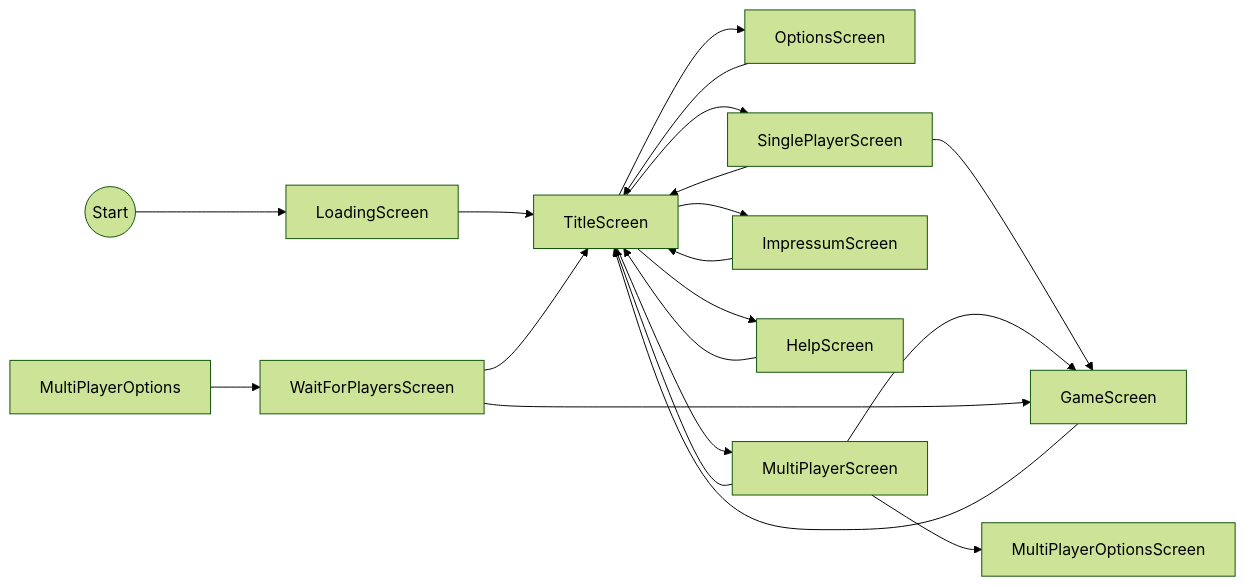
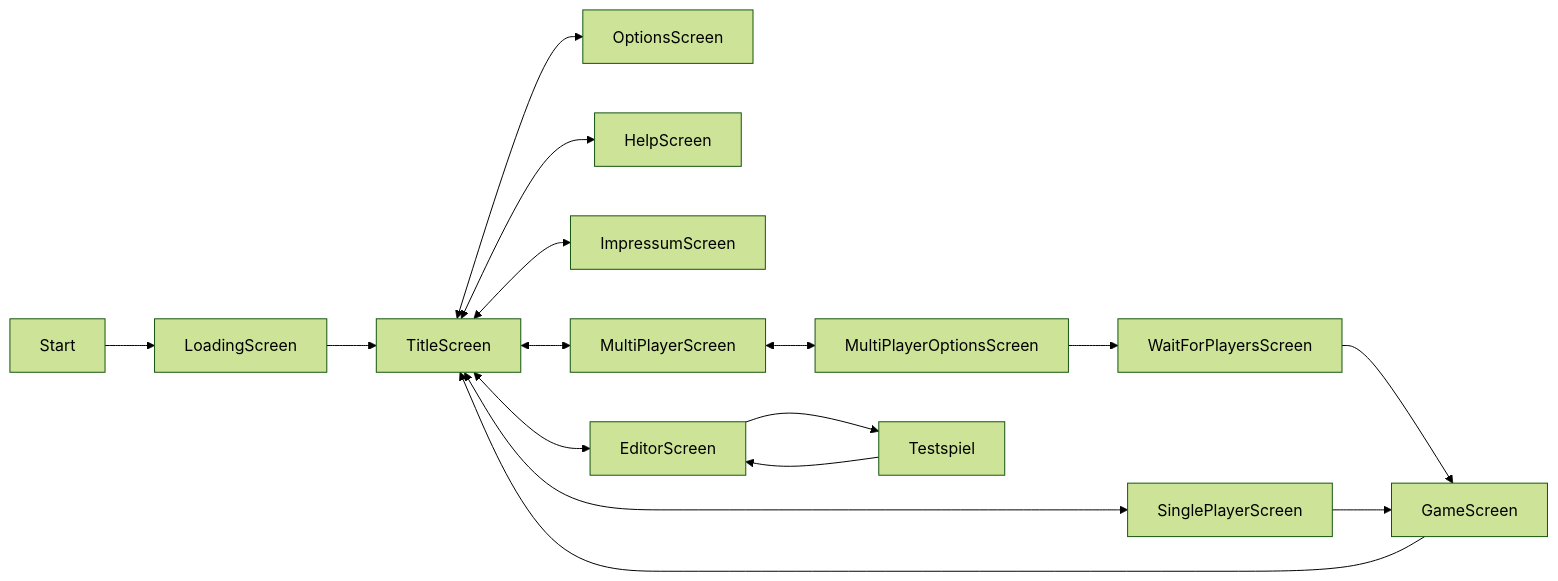
One commit to CymricNPG/SplitBattle changed the fourth of 4 diagrams in docs/Design.md. Above: the diagram before and after it, drawn with Mermaid (forest theme). The commit also changed other lines of this file and 11 other files, not shown here.

````diff
--- a/docs/Design.md
+++ b/docs/Design.md
@@ -63,23 +92,18 @@
 ```mermaid
 flowchart LR
-    Start((Start)) --> LoadingScreen
+    Start --> LoadingScreen
     LoadingScreen --> TitleScreen
-    TitleScreen --> OptionsScreen
-    OptionsScreen --> TitleScreen
-    TitleScreen --> SinglePlayerScreen
-    SinglePlayerScreen --> TitleScreen
+    TitleScreen <--> OptionsScreen
+    TitleScreen <--> HelpScreen
+    TitleScreen <--> ImpressumScreen
+    TitleScreen <--> SinglePlayerScreen
+    TitleScreen <--> MultiPlayerScreen
+    MultiPlayerScreen <--> MultiPlayerOptionsScreen
+    MultiPlayerOptionsScreen --> WaitForPlayersScreen
+    WaitForPlayersScreen --> GameScreen
     SinglePlayerScreen --> GameScreen
-    TitleScreen --> ImpressumScreen
-    ImpressumScreen --> TitleScreen
-    TitleScreen --> HelpScreen
-    HelpScreen --> TitleScreen
     GameScreen --> TitleScreen
-    TitleScreen --> MultiPlayerScreen
-    MultiPlayerScreen --> GameScreen
-    MultiPlayerScreen --> MultiPlayerOptionsScreen
-    MultiPlayerScreen --> TitleScreen
-    MultiPlayerOptions --> WaitForPlayersScreen
-    WaitForPlayersScreen --> TitleScreen
-    WaitForPlayersScreen --> GameScreen
-
+    TitleScreen <--> EditorScreen
+    EditorScreen --> Testspiel
+    Testspiel --> EditorScreen
 ```
````
